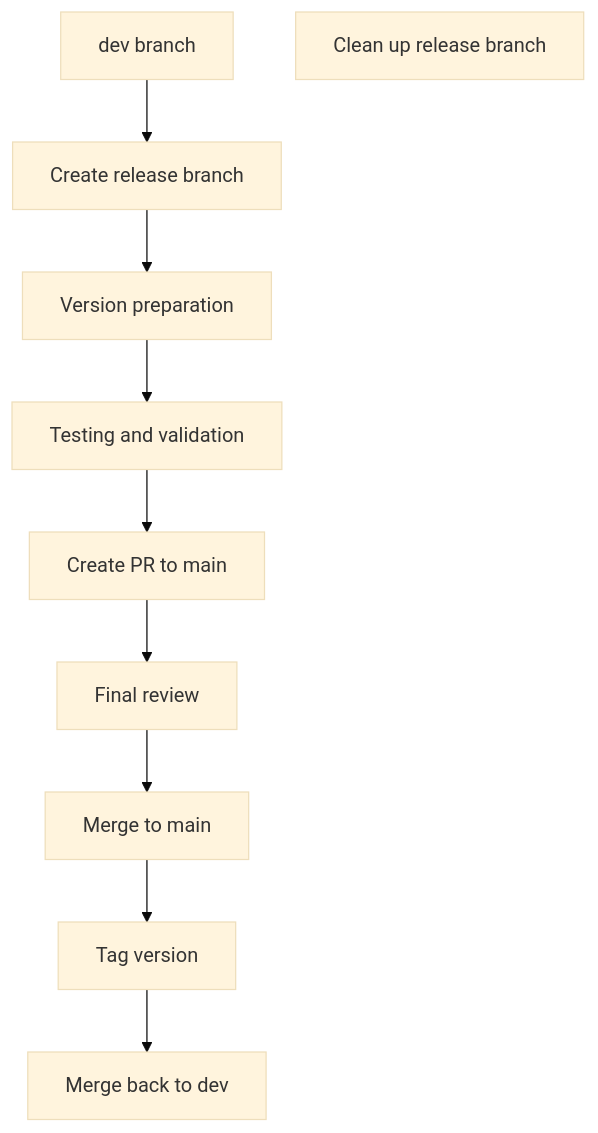
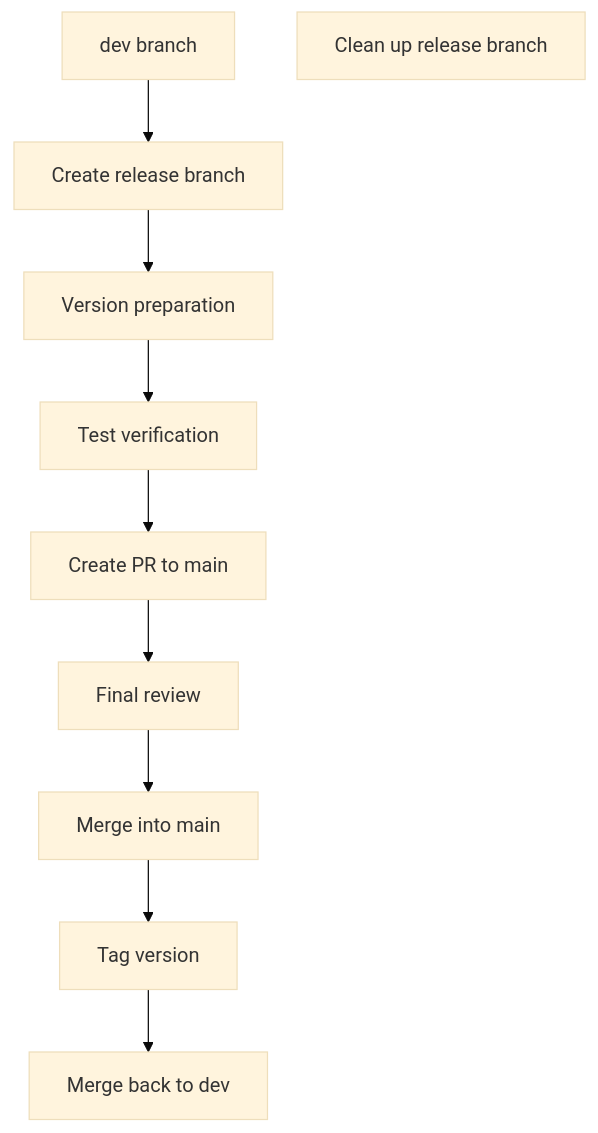
Before and after one commit to ChenXu233/YaoXiang: the third of 3 diagrams in docs/src/en/dev/branch-maintenance-guide.md, drawn with Mermaid (base theme). The commit also changed other lines of this file and 142 other files, not shown here.

````diff
--- a/docs/src/en/dev/branch-maintenance-guide.md
+++ b/docs/src/en/dev/branch-maintenance-guide.md
@@ -181,12 +182,12 @@
 ```mermaid
 graph TD
     A[dev branch] --> B[Create release branch]
     B --> C[Version preparation]
-    C --> D[Testing and validation]
+    C --> D[Test verification]
     D --> E[Create PR to main]
     E --> F[Final review]
-    F --> G[Merge to main]
+    F --> G[Merge into main]
     G --> H[Tag version]
     H --> I[Merge back to dev]
     J[Clean up release branch]
 ```
````
